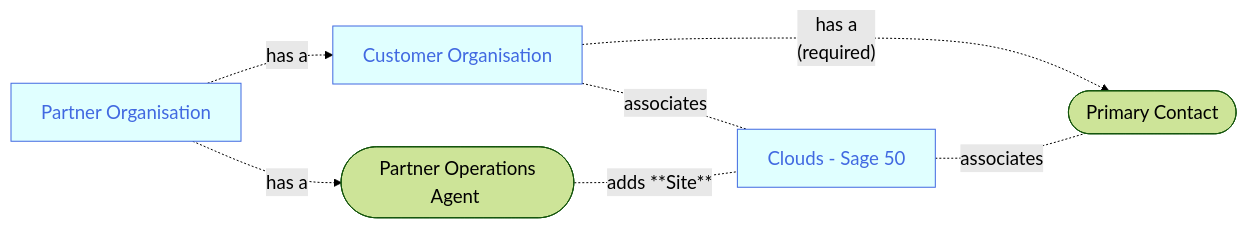
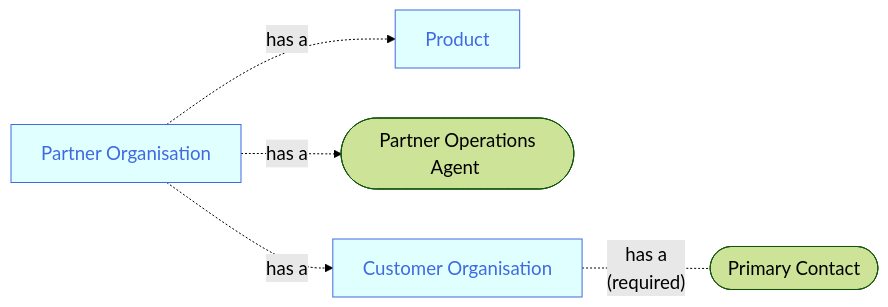
One commit to joe-dorward/samples changed the diagram in 2025_Sage/03_Scenario - Sites.mdx. Above: the diagram before and after it, drawn with Mermaid. The commit also changed other lines of this file, not shown here.

Commit message:
Update 03_Scenario - Sites.mdx

````diff
--- a/2025_Sage/03_Scenario - Sites.mdx
+++ b/2025_Sage/03_Scenario - Sites.mdx
@@ -6,38 +6,41 @@
 ```mermaid
 %%{
   init: {
     'theme': 'forest',
     'themeVariables': {
       'fontSize':'14pt'
     }
   }
 }%%
 flowchart LR
   classDef Sage fill:seagreen, color:honeydew;
   classDef Noun fill:lightcyan, stroke:royalblue, color:royalblue;
   classDef Note fill:white, stroke:white, text-align:left;
 
   PARTNER_ORGANISATION_01[Partner Organisation]
 
   PARTNER_ORGANISATION_01-.has a.->
-  CUSTOMER_ORGANISATION_01[Customer Organisation]-.has a<br/>(required).->
-  PRIMARY_CONTACT_01([&nbsp;Primary Contact&nbsp;])
+  PRODUCT_01[Product]
 
   PARTNER_ORGANISATION_01-.has a.->
   PARTNER_OPERATIONS_AGENT_01([&nbsp;Partner Operations Agent&nbsp;])
 
-  PARTNER_OPERATIONS_AGENT_01-.adds **Site**.-
-  SITE_01[Clouds - Sage 50]
+  PARTNER_ORGANISATION_01-.has a.->
+  CUSTOMER_ORGANISATION_01[Customer Organisation]-.has a<br/>(required).-
+  PRIMARY_CONTACT_01([&nbsp;Primary Contact&nbsp;])
 
-  CUSTOMER_ORGANISATION_01-.associates.-
-  SITE_01-.associates.-
-  PRIMARY_CONTACT_01
 
-  %%-.who adds a.->
-  %%CUSTOMER_ORGANISATION_01[Customer Organisation]-.and a<br/>(required).->
-  %%PRIMARY_CONTACT_01([&nbsp;Primary Contact&nbsp;])-.-o
-  %%PRIMARY_CONTACT_01_NOTE[The **Primary Contact** is added with the **Customer Operations Agent** role]
 
-  class PARTNER_ORGANISATION_01,CUSTOMER_ORGANISATION_01,SITE_01 Noun
-  class PRIMARY_CONTACT_01_NOTE Note
+  %%PARTNER_ORGANISATION_01-.has a.->
+
+
+  %%PARTNER_OPERATIONS_AGENT_01-.adds **Site**.-
+  %%SITE_01[Clouds - Sage 50]
+
+  %%CUSTOMER_ORGANISATION_01-.default association.-
+  %%SITE_01-.associates<br/>(required).-
+  %%PRIMARY_CONTACT_01
+
+  class PARTNER_ORGANISATION_01,CUSTOMER_ORGANISATION_01,PRODUCT_01 Noun
+
 ```
````
